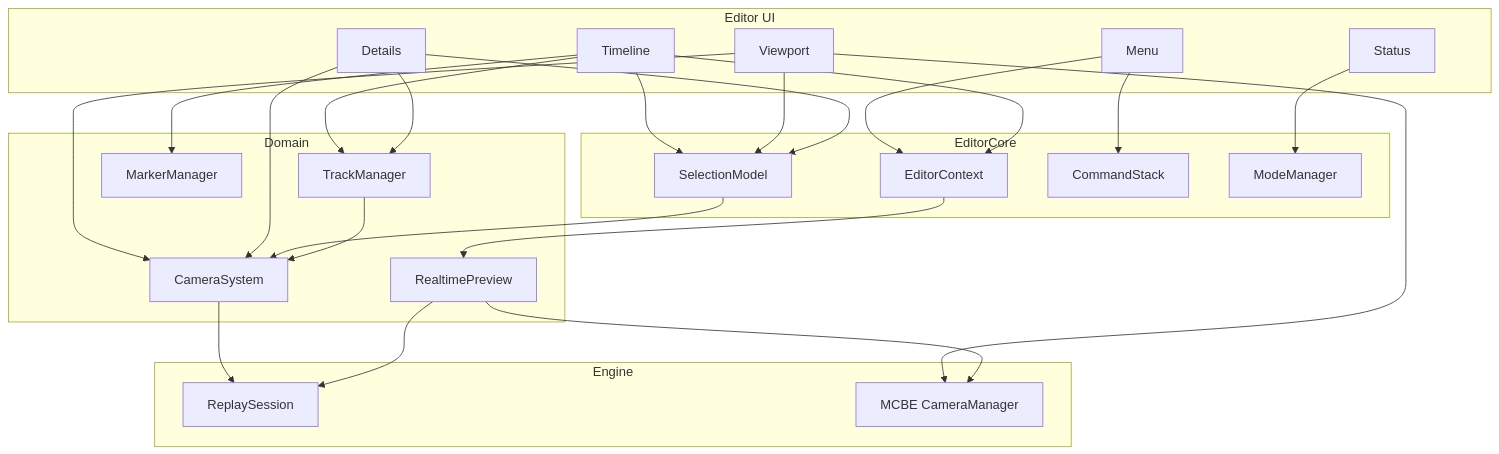
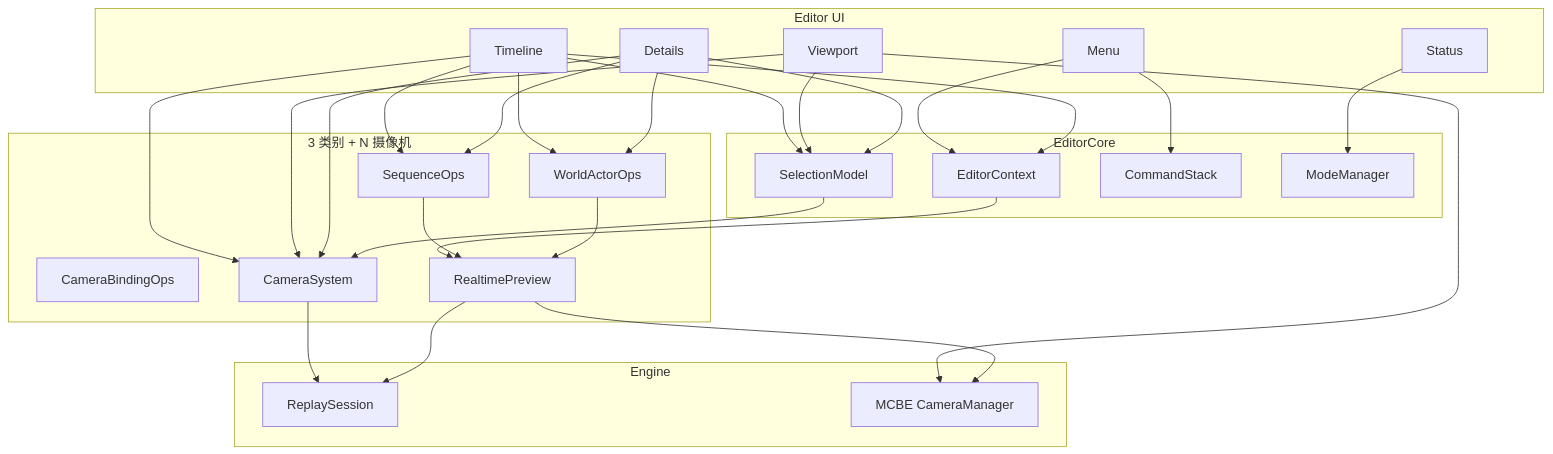
The second of 2 diagrams in docs/refactor/01-editor-architecture.md (Unny984/Playback), drawn with Mermaid before and after one commit. The commit also changed other lines of this file and 7 other files, not shown here.

````diff
--- a/docs/refactor/01-editor-architecture.md
+++ b/docs/refactor/01-editor-architecture.md
@@ -1106,47 +1183,51 @@
 ```mermaid
 flowchart TB
     subgraph UI [Editor UI]
         Menu
         Viewport
         Details
         Timeline
         Status
     end
     subgraph Core [EditorCore]
         Ctx[EditorContext]
         Sel[SelectionModel]
         CS[CommandStack]
         MM[ModeManager]
     end
-    subgraph Domain
-        CamSys[CameraSystem]
-        TrackMgr[TrackManager]
-        MarkerMgr[MarkerManager]
-        Preview[RealtimePreview]
+    subgraph Domain [3 类别 + N 摄像机]
+        Seq[SequenceOps]
+        WA[WorldActorOps]
+        Bind[CameraBindingOps]
+        Cam[CameraSystem]
+        Prev[RealtimePreview]
     end
     subgraph Engine
         Sess[ReplaySession]
         MCBE[MCBE CameraManager]
     end
 
     Menu --> CS
     Menu --> Ctx
     Timeline --> Sel
-    Timeline --> TrackMgr
-    Timeline --> MarkerMgr
+    Timeline --> Seq
+    Timeline --> WA
+    Timeline --> Cam
     Timeline --> Ctx
     Viewport --> Sel
-    Viewport --> CamSys
+    Viewport --> Cam
     Viewport --> MCBE
     Details --> Sel
-    Details --> TrackMgr
-    Details --> CamSys
+    Details --> Seq
+    Details --> WA
+    Details --> Cam
     Status --> MM
 
-    Sel --> CamSys
-    Ctx --> Preview
-    TrackMgr --> CamSys
-    CamSys --> Sess
-    Preview --> Sess
-    Preview --> MCBE
+    Sel --> Cam
+    Ctx --> Prev
+    Seq --> Prev
+    WA --> Prev
+    Cam --> Sess
+    Prev --> Sess
+    Prev --> MCBE
 ```
````
